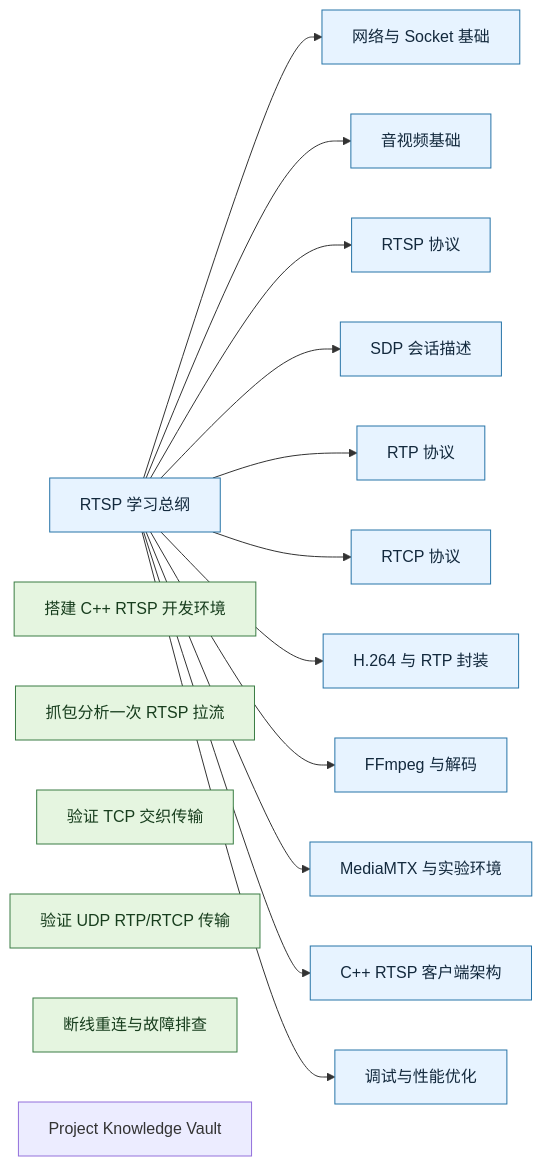
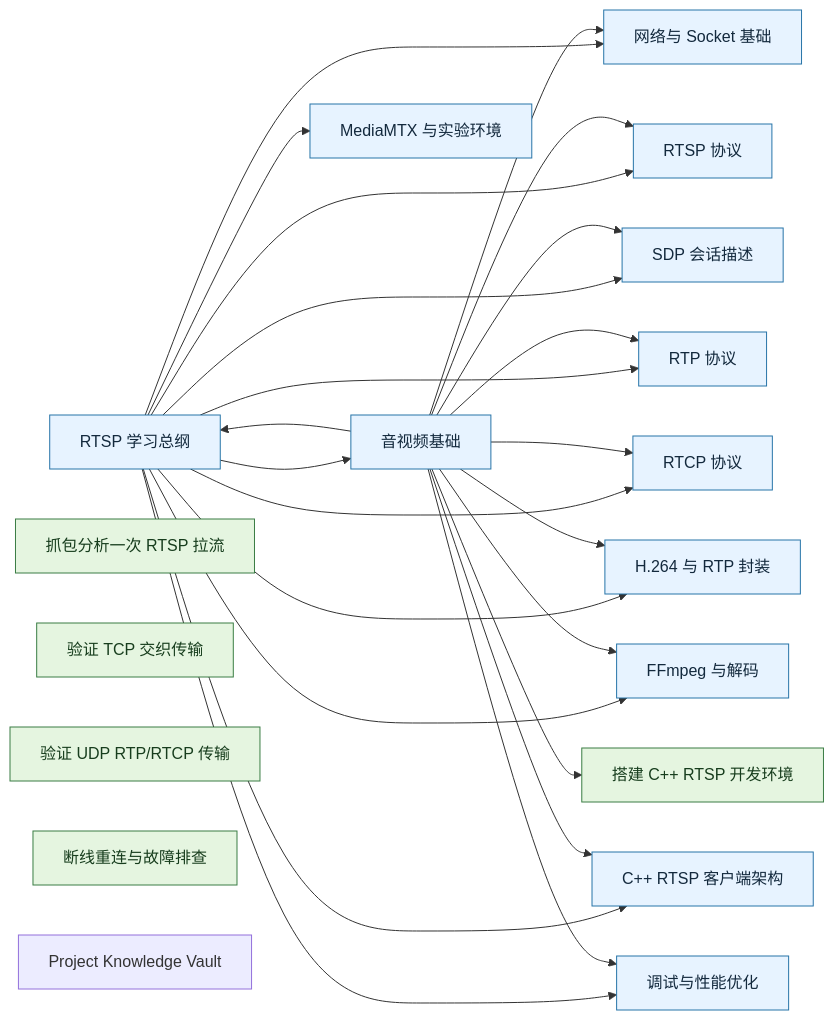
The diagram in .knowledge-vault/graph.md (18828644614/rtsp), drawn with Mermaid before and after one commit. The commit also changed 5 other files, not shown here.

````diff
--- a/.knowledge-vault/graph.md
+++ b/.knowledge-vault/graph.md
@@ -5,55 +5,66 @@
 ```mermaid
 graph LR
     n0["RTSP 学习总纲"]
     class n0 topic
     n1["网络与 Socket 基础"]
     class n1 topic
     n2["音视频基础"]
     class n2 topic
     n3["RTSP 协议"]
     class n3 topic
     n4["SDP 会话描述"]
     class n4 topic
     n5["RTP 协议"]
     class n5 topic
     n6["RTCP 协议"]
     class n6 topic
     n7["H.264 与 RTP 封装"]
     class n7 topic
     n8["FFmpeg 与解码"]
     class n8 topic
     n9["MediaMTX 与实验环境"]
     class n9 topic
     n10["C++ RTSP 客户端架构"]
     class n10 topic
     n11["调试与性能优化"]
     class n11 topic
     n12["搭建 C++ RTSP 开发环境"]
     class n12 runbook
     n13["抓包分析一次 RTSP 拉流"]
     class n13 runbook
     n14["验证 TCP 交织传输"]
     class n14 runbook
     n15["验证 UDP RTP/RTCP 传输"]
     class n15 runbook
     n16["断线重连与故障排查"]
     class n16 runbook
     n17["Project Knowledge Vault"]
     n0 --> n1
     n0 --> n2
     n0 --> n3
     n0 --> n4
     n0 --> n5
     n0 --> n6
     n0 --> n7
     n0 --> n8
     n0 --> n9
     n0 --> n10
     n0 --> n11
+    n2 --> n0
+    n2 --> n1
+    n2 --> n3
+    n2 --> n4
+    n2 --> n5
+    n2 --> n6
+    n2 --> n7
+    n2 --> n8
+    n2 --> n10
+    n2 --> n11
+    n2 --> n12
     classDef session fill:#f4f4f4,stroke:#666,color:#222
     classDef topic fill:#e7f3ff,stroke:#2774a8,color:#13293d
     classDef decision fill:#fff2cc,stroke:#a67c00,color:#3d3000
     classDef runbook fill:#e5f5e0,stroke:#3a7d44,color:#173d1d
     classDef snippet fill:#f3e8ff,stroke:#7651a8,color:#2f1b47
     classDef archived fill:#eeeeee,stroke:#999,color:#555
 ```
````
